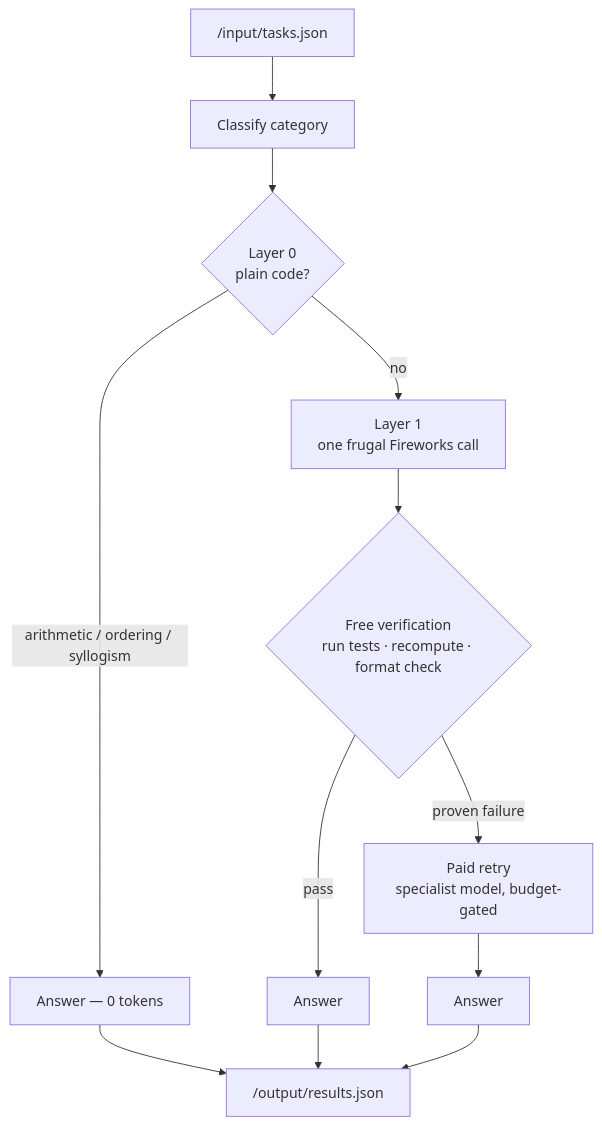
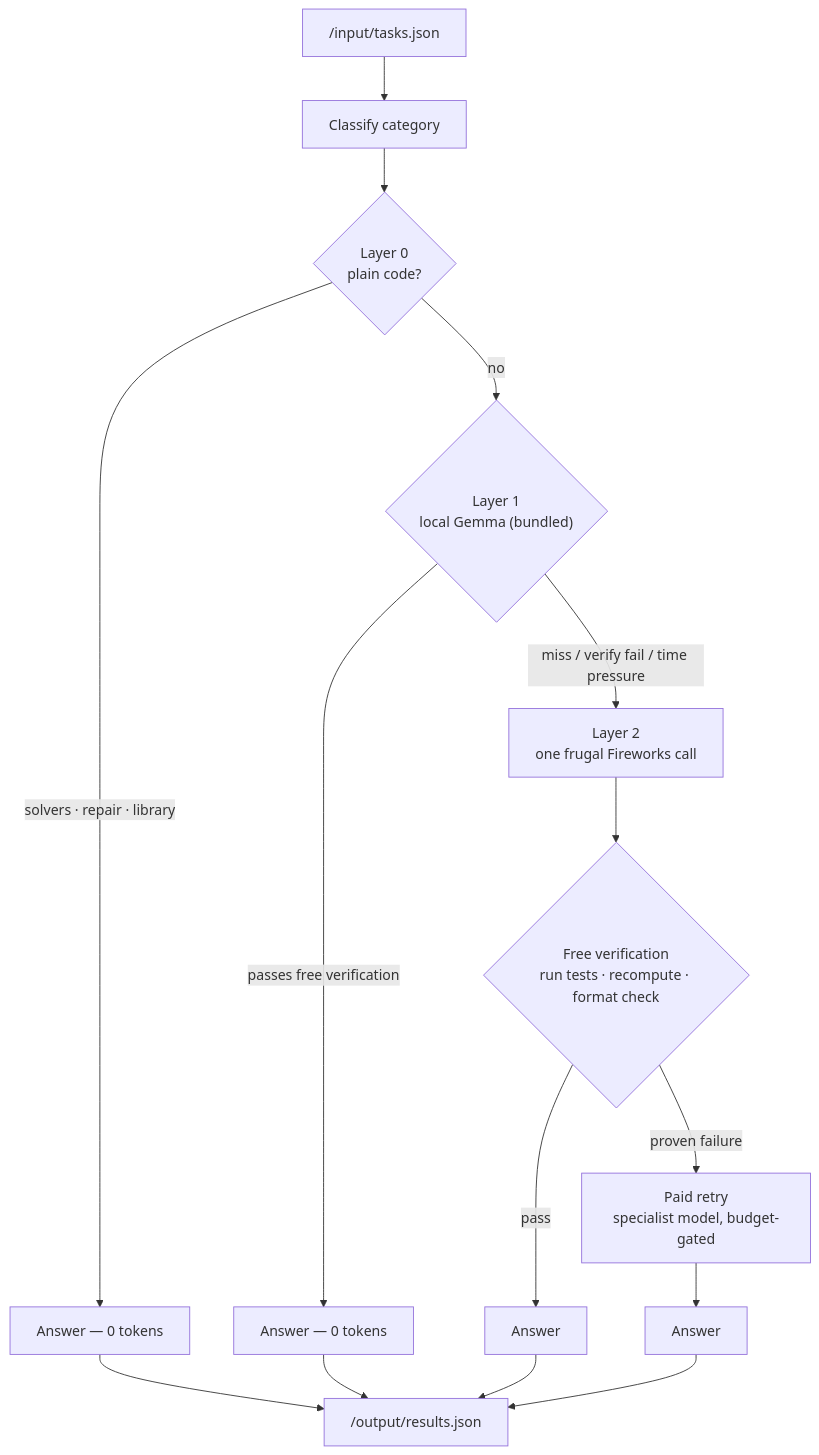
The diagram in README.md (omerdduran/token-router), drawn with Mermaid before and after one commit. The commit also changed other lines of this file and 5 other files, not shown here.

````diff
--- a/README.md
+++ b/README.md
@@ -28,14 +29,17 @@
 ```mermaid
 flowchart TD
     A["/input/tasks.json"] --> B[Classify category]
     B --> C{"Layer 0<br/>plain code?"}
-    C -- "arithmetic / ordering / syllogism" --> Z0["Answer — 0 tokens"]
-    C -- "no" --> D["Layer 1<br/>one frugal Fireworks call"]
+    C -- "solvers · repair · library" --> Z0["Answer — 0 tokens"]
+    C -- "no" --> L{"Layer 1<br/>local Gemma (bundled)"}
+    L -- "passes free verification" --> Z1["Answer — 0 tokens"]
+    L -- "miss / verify fail / time pressure" --> D["Layer 2<br/>one frugal Fireworks call"]
     D --> E{"Free verification<br/>run tests · recompute · format check"}
-    E -- "pass" --> Z1["Answer"]
+    E -- "pass" --> Z2["Answer"]
     E -- "proven failure" --> F["Paid retry<br/>specialist model, budget-gated"]
-    F --> Z2["Answer"]
+    F --> Z3["Answer"]
     Z0 --> W["/output/results.json"]
     Z1 --> W
     Z2 --> W
+    Z3 --> W
 ```
````
